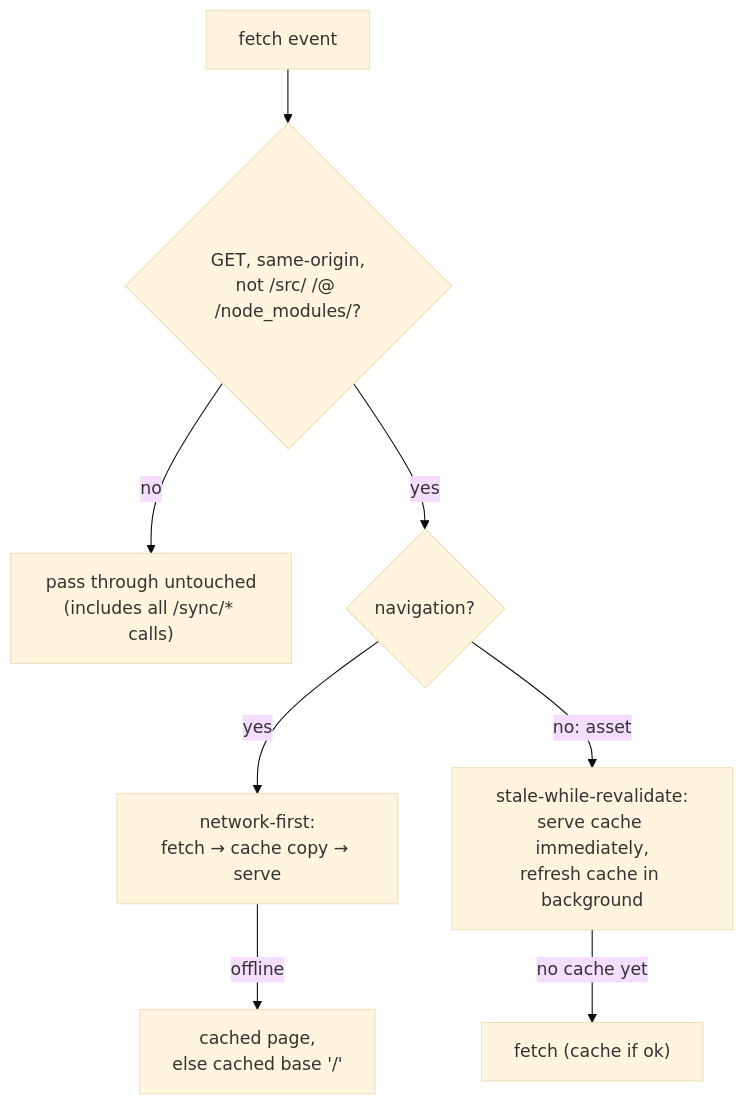
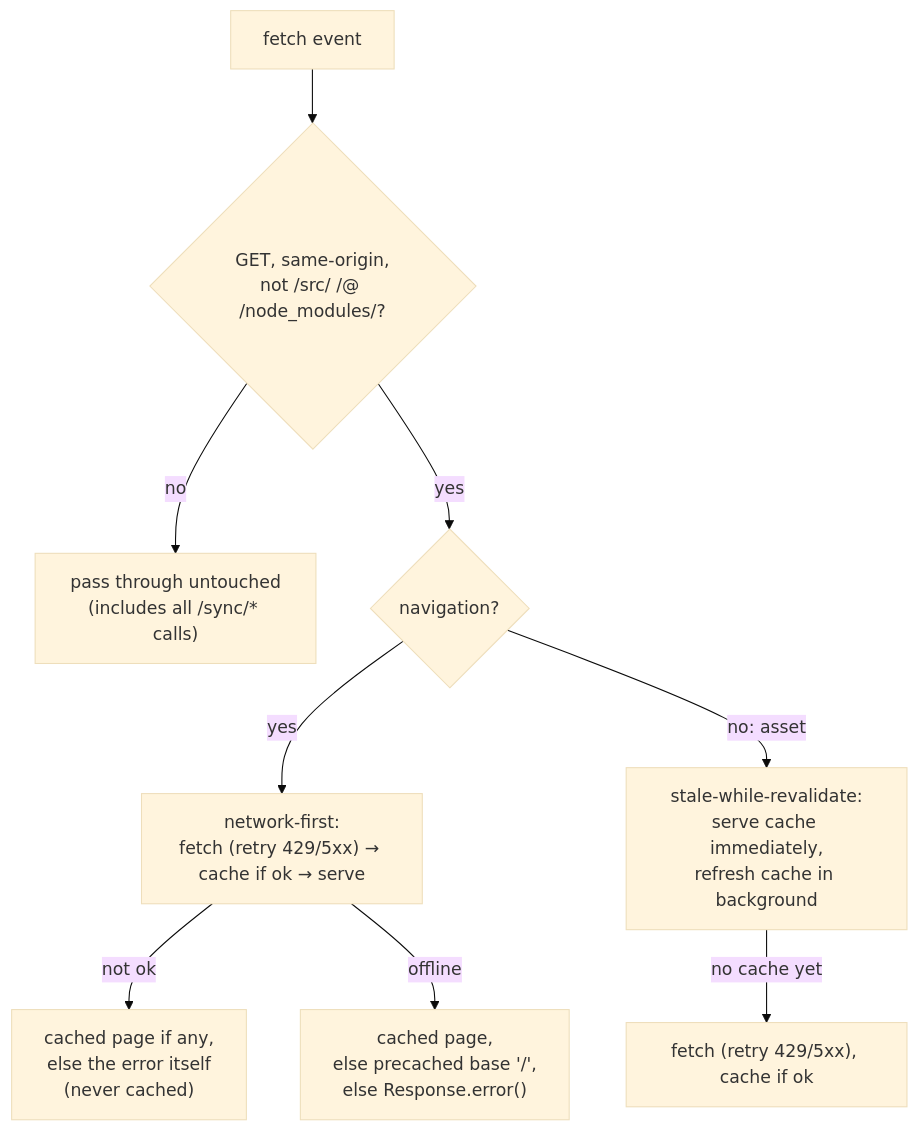
The first of 2 diagrams in docs/dev/offline-support.md (Kieran-s-Artisnal-Slop-Factory/readerr), drawn with Mermaid (base theme) before and after one commit. The commit also changed other lines of this file, not shown here.

Commit message:
offline support fix

````diff
--- a/docs/dev/offline-support.md
+++ b/docs/dev/offline-support.md
@@ -52,10 +52,11 @@
 ```mermaid
 flowchart TD
     F["fetch event"] --> G{"GET, same-origin,<br/>not /src/ /@ /node_modules/?"}
     G -->|no| Pass["pass through untouched<br/>(includes all /sync/* calls)"]
     G -->|yes| M{"navigation?"}
-    M -->|yes| NF["network-first:<br/>fetch → cache copy → serve"]
-    NF -->|offline| NC["cached page,<br/>else cached base '/'"]
+    M -->|yes| NF["network-first:<br/>fetch (retry 429/5xx) → cache if ok → serve"]
+    NF -->|"not ok"| NOK["cached page if any,<br/>else the error itself<br/>(never cached)"]
+    NF -->|offline| NC["cached page,<br/>else precached base '/',<br/>else Response.error()"]
     M -->|no: asset| SWR["stale-while-revalidate:<br/>serve cache immediately,<br/>refresh cache in background"]
-    SWR -->|no cache yet| Net["fetch (cache if ok)"]
+    SWR -->|no cache yet| Net["fetch (retry 429/5xx), cache if ok"]
 ```
````
